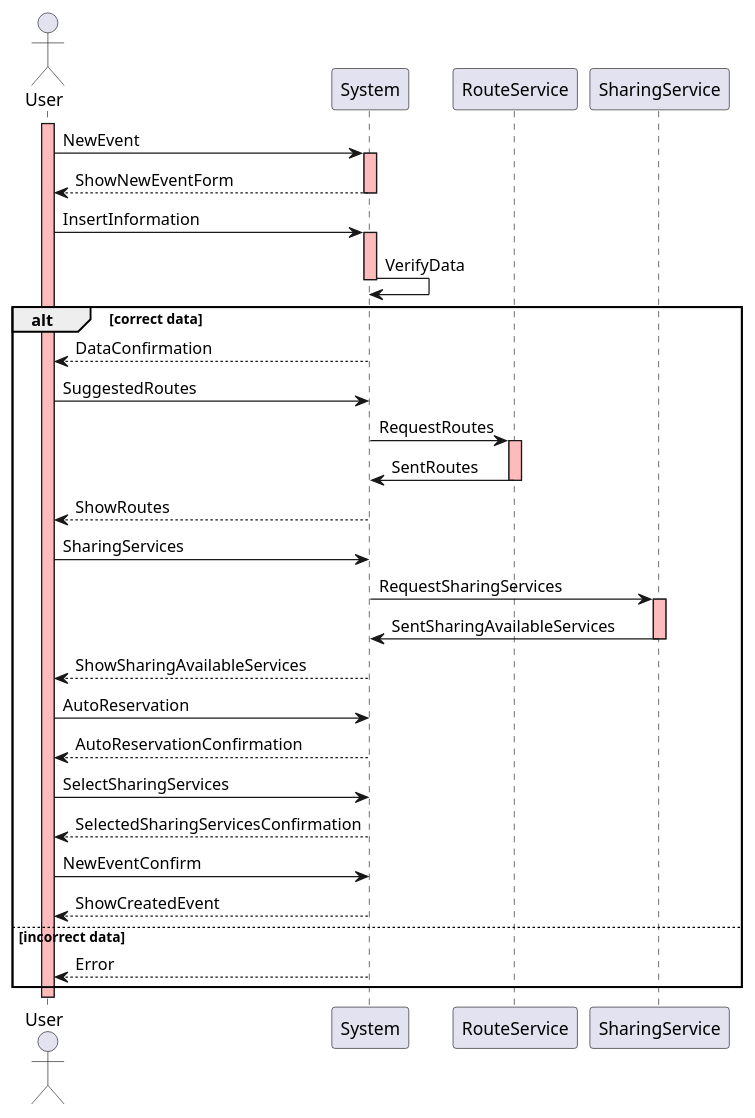
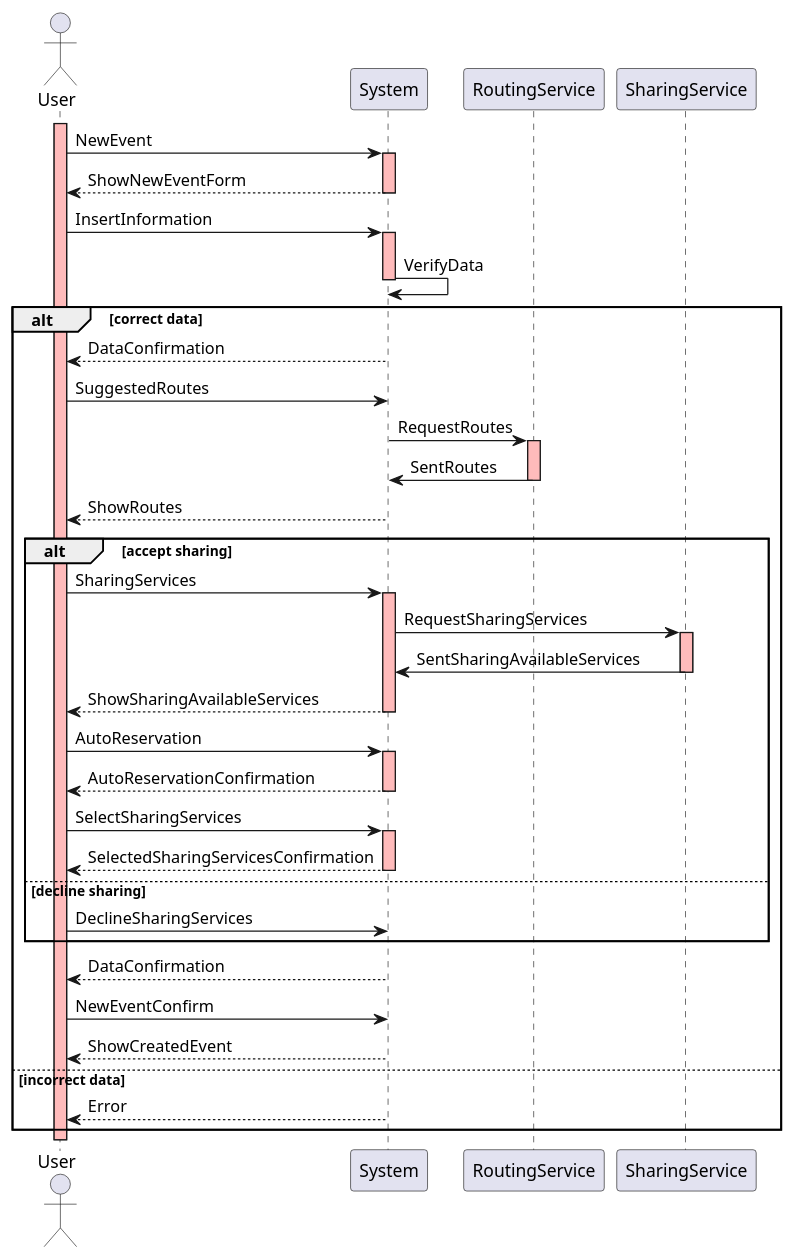
Before and after one commit to fcremo/AlfonsoCarsenzuolaCremonese-ingsw2: the diagram in rasd/sequence_diagram/sequence_diagram_newEvent2.plantuml, drawn with PlantUML. The commit also changed 6 other files, not shown here.

Commit message:
update use case diagram, sequence diagram

```diff
--- a/rasd/sequence_diagram/sequence_diagram_newEvent2.plantuml
+++ b/rasd/sequence_diagram/sequence_diagram_newEvent2.plantuml
@@ -1,42 +1,55 @@
 @startuml
 
 actor User
 participant System
-participant RouteService
+participant RoutingService
 participant SharingService
 
 activate User #FFBBBB
 User -> System: NewEvent
 activate System #FFBBBB
 System --> User: ShowNewEventForm
 deactivate System
 User -> System: InsertInformation
 activate System #FFBBBB
 System -> System: VerifyData
 deactivate System
 
 alt correct data
   System --> User: DataConfirmation
   User -> System: SuggestedRoutes
-  System -> RouteService: RequestRoutes
-  activate RouteService #FFBBBB
-  RouteService -> System: SentRoutes
-  deactivate RouteService
+  System -> RoutingService: RequestRoutes
+  activate RoutingService #FFBBBB
+  RoutingService -> System: SentRoutes
+  deactivate RoutingService
   System --> User: ShowRoutes
-  User -> System: SharingServices
-  System -> SharingService: RequestSharingServices
-  activate SharingService #FFBBBB
-  SharingService -> System: SentSharingAvailableServices
-  deactivate SharingService
-  System --> User: ShowSharingAvailableServices
-  User -> System: AutoReservation
-  System --> User: AutoReservationConfirmation
-  User -> System: SelectSharingServices
-  System --> User: SelectedSharingServicesConfirmation
+
+  alt accept sharing
+    User -> System: SharingServices
+    activate System #FFBBBB
+    System -> SharingService: RequestSharingServices
+    activate SharingService #FFBBBB
+    SharingService -> System: SentSharingAvailableServices
+    deactivate SharingService
+    System --> User: ShowSharingAvailableServices
+    deactivate System
+    User -> System: AutoReservation
+    activate System #FFBBBB
+    System --> User: AutoReservationConfirmation
+    deactivate System
+    User -> System: SelectSharingServices
+    activate System #FFBBBB
+    System --> User: SelectedSharingServicesConfirmation
+    deactivate System
+  else decline sharing
+    User -> System: DeclineSharingServices
+  end
+
+  System --> User: DataConfirmation
   User -> System: NewEventConfirm
   System --> User: ShowCreatedEvent
 else incorrect data
   System --> User: Error
 end
 
 @enduml
```
